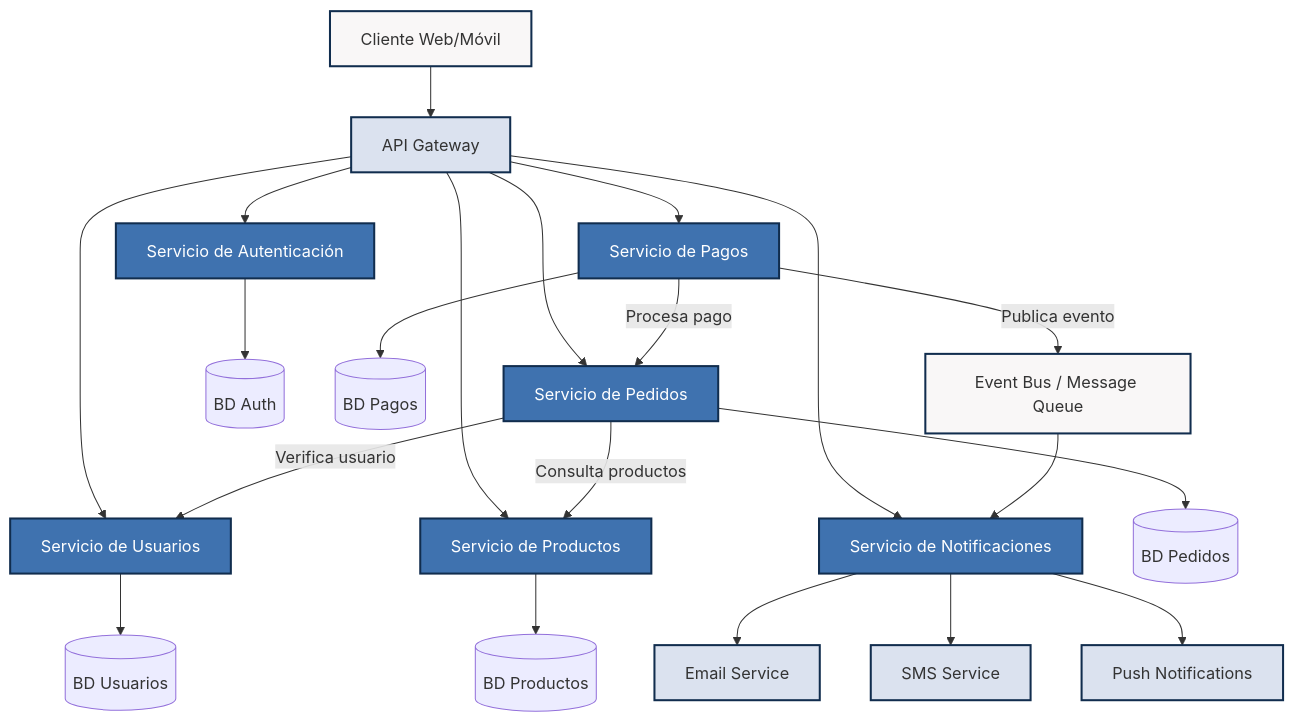
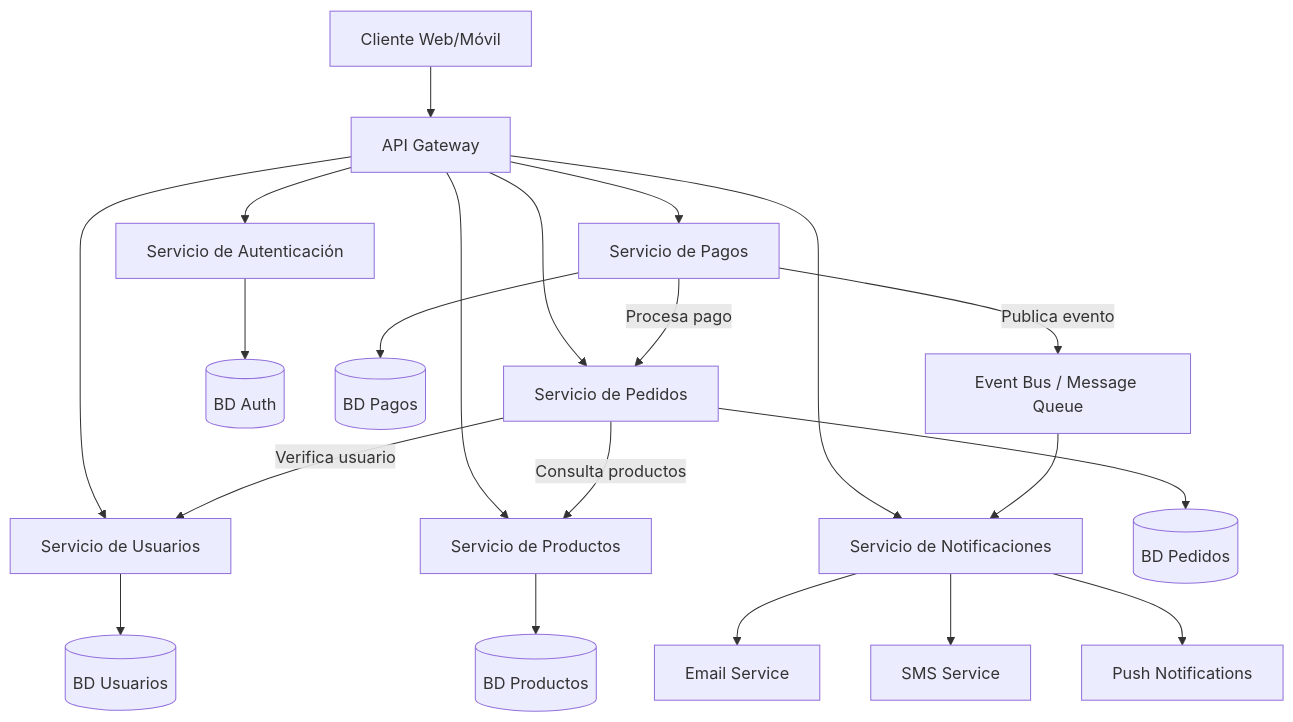
Before and after one commit to aialphanovatide/software-architecture-guide: the first of 3 diagrams in docs/architecture/microservices/index.md, drawn with Mermaid. The commit also changed other lines of this file and 8 other files, not shown here.

````diff
--- a/docs/architecture/microservices/index.md
+++ b/docs/architecture/microservices/index.md
@@ -56,39 +56,26 @@
 ```mermaid
 graph TD
     Client[Cliente Web/Móvil] --> API[API Gateway]
     API --> Auth[Servicio de Autenticación]
     API --> User[Servicio de Usuarios]
     API --> Order[Servicio de Pedidos]
     API --> Product[Servicio de Productos]
     API --> Payment[Servicio de Pagos]
     API --> Notification[Servicio de Notificaciones]
     
     Auth --> AuthDB[(BD Auth)]
     User --> UserDB[(BD Usuarios)]
     Order --> OrderDB[(BD Pedidos)]
     Product --> ProductDB[(BD Productos)]
     Payment --> PaymentDB[(BD Pagos)]
     
     Order -- Consulta productos --> Product
     Order -- Verifica usuario --> User
     Payment -- Procesa pago --> Order
     Payment -- Publica evento --> EventBus
     
     EventBus[Event Bus / Message Queue] --> Notification
     Notification --> Email[Email Service]
     Notification --> SMS[SMS Service]
     Notification --> Push[Push Notifications]
-    
-    style Client fill:#f9f7f7,stroke:#112d4e,stroke-width:2px
-    style API fill:#dbe2ef,stroke:#112d4e,stroke-width:2px
-    style Auth fill:#3f72af,stroke:#112d4e,stroke-width:2px,color:#ffffff
-    style User fill:#3f72af,stroke:#112d4e,stroke-width:2px,color:#ffffff
-    style Order fill:#3f72af,stroke:#112d4e,stroke-width:2px,color:#ffffff
-    style Product fill:#3f72af,stroke:#112d4e,stroke-width:2px,color:#ffffff
-    style Payment fill:#3f72af,stroke:#112d4e,stroke-width:2px,color:#ffffff
-    style Notification fill:#3f72af,stroke:#112d4e,stroke-width:2px,color:#ffffff
-    style EventBus fill:#f9f7f7,stroke:#112d4e,stroke-width:2px
-    style Email fill:#dbe2ef,stroke:#112d4e,stroke-width:2px
-    style SMS fill:#dbe2ef,stroke:#112d4e,stroke-width:2px
-    style Push fill:#dbe2ef,stroke:#112d4e,stroke-width:2px
 ```
````
